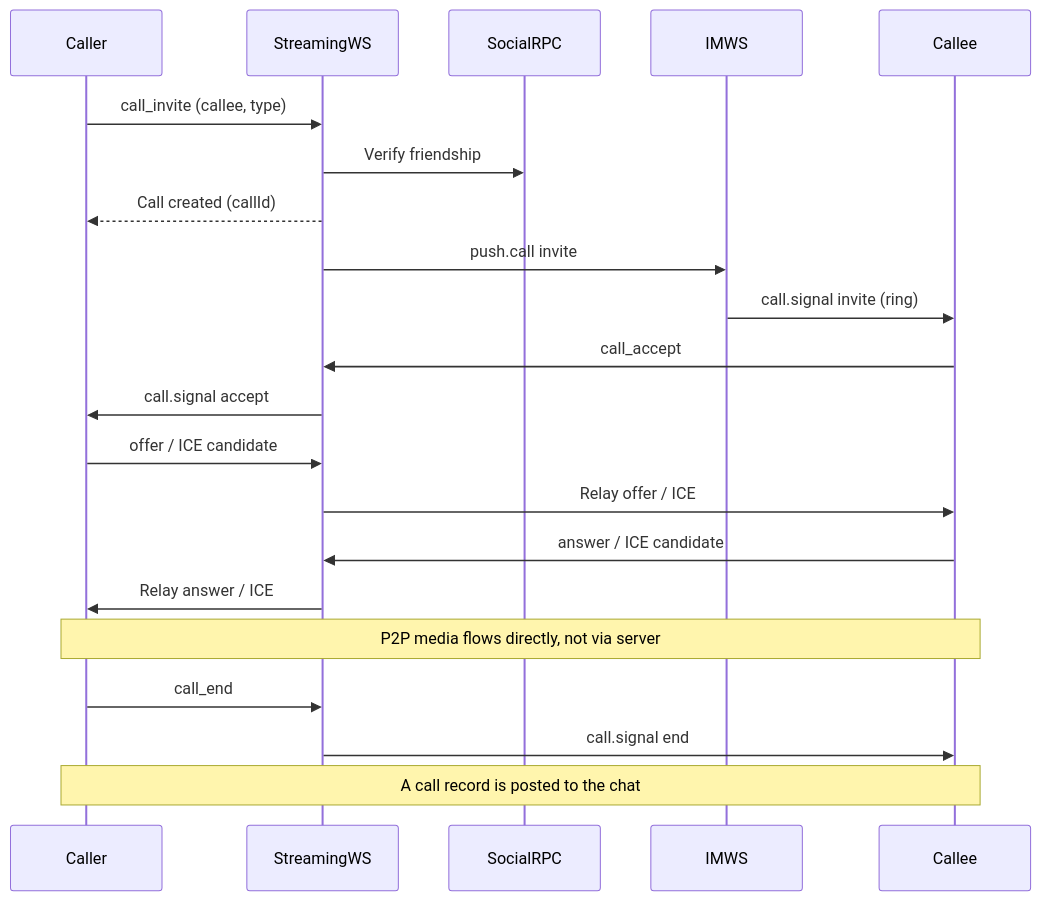
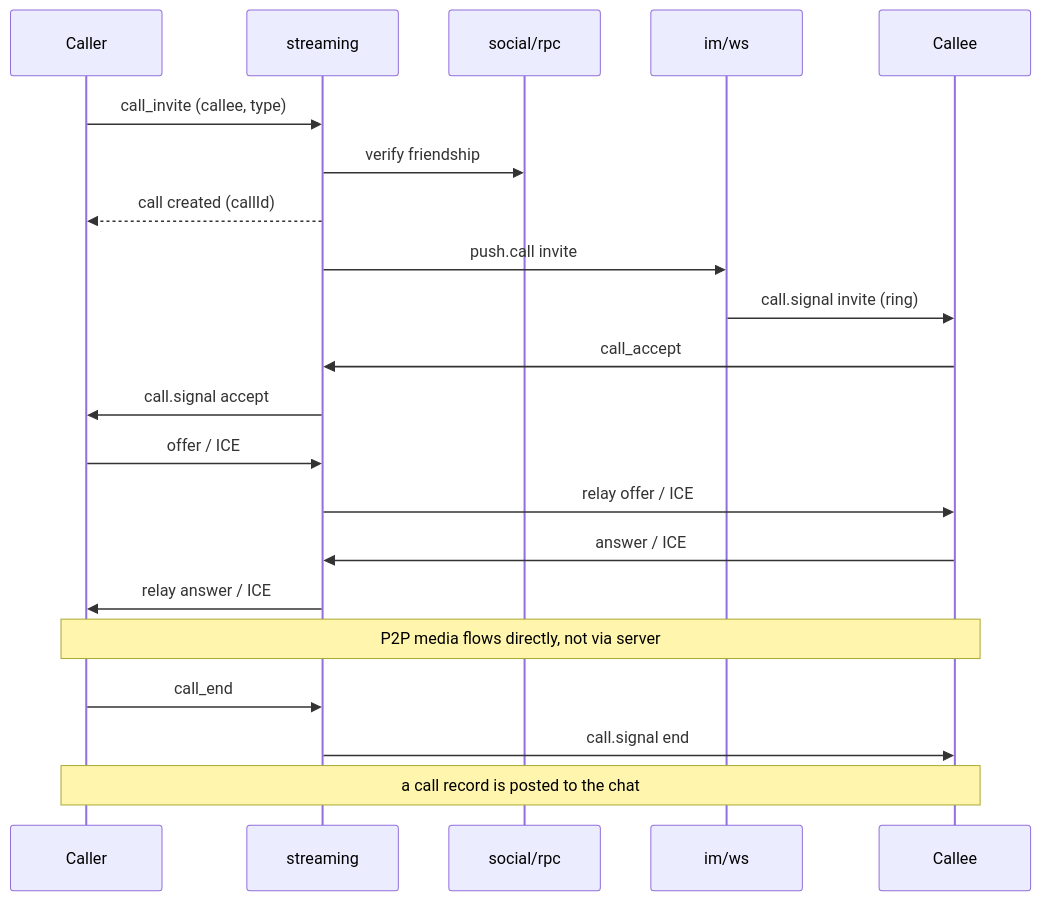
Before and after one commit to iceymoss/go-hichat-api: the fifth of 6 diagrams in README.md, drawn with Mermaid. The commit also changed other lines of this file and 1 other file, not shown here.

First line of the commit message:
docs: humanize sequence diagrams and fix Go version

````diff
--- a/README.md
+++ b/README.md
@@ -165,18 +193,23 @@
 ```mermaid
 sequenceDiagram
-  Caller->>StreamingWS: call_invite (callee, type)
-  StreamingWS->>SocialRPC: Verify friendship
-  StreamingWS-->>Caller: Call created (callId)
-  StreamingWS->>IMWS: push.call invite
-  IMWS->>Callee: call.signal invite (ring)
-  Callee->>StreamingWS: call_accept
-  StreamingWS->>Caller: call.signal accept
-  Caller->>StreamingWS: offer / ICE candidate
-  StreamingWS->>Callee: Relay offer / ICE
-  Callee->>StreamingWS: answer / ICE candidate
-  StreamingWS->>Caller: Relay answer / ICE
-  Note over Caller,Callee: P2P media flows directly, not via server
-  Caller->>StreamingWS: call_end
-  StreamingWS->>Callee: call.signal end
-  Note over Caller,Callee: A call record is posted to the chat
+  participant A as Caller
+  participant ST as streaming
+  participant SR as social/rpc
+  participant WS as im/ws
+  participant B as Callee
+  A->>ST: call_invite (callee, type)
+  ST->>SR: verify friendship
+  ST-->>A: call created (callId)
+  ST->>WS: push.call invite
+  WS->>B: call.signal invite (ring)
+  B->>ST: call_accept
+  ST->>A: call.signal accept
+  A->>ST: offer / ICE
+  ST->>B: relay offer / ICE
+  B->>ST: answer / ICE
+  ST->>A: relay answer / ICE
+  Note over A,B: P2P media flows directly, not via server
+  A->>ST: call_end
+  ST->>B: call.signal end
+  Note over A,B: a call record is posted to the chat
 ```
````
